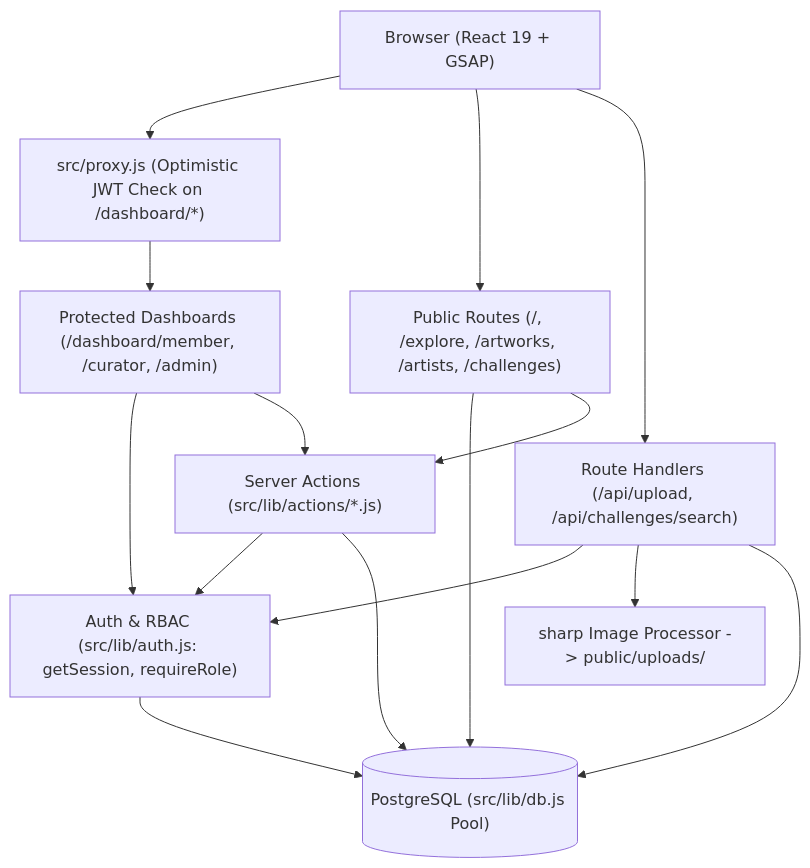
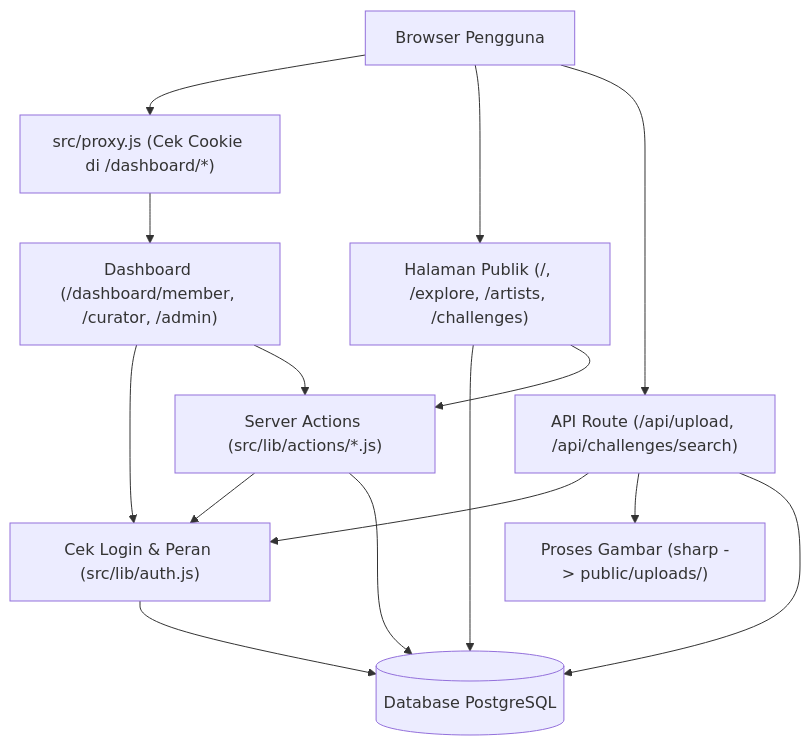
Before and after one commit to aalfm/archive-art-showcase: the first of 2 diagrams in README.md, drawn with Mermaid. The commit also changed other lines of this file, not shown here.

````diff
--- a/README.md
+++ b/README.md
@@ -135,27 +116,27 @@
 ```mermaid
 flowchart TD
-    Client["Browser (React 19 + GSAP)"]
-    Proxy["src/proxy.js (Optimistic JWT Check on /dashboard/*)"]
-    Public["Public Routes (/, /explore, /artworks, /artists, /challenges)"]
-    Dashboard["Protected Dashboards (/dashboard/member, /curator, /admin)"]
+    Client["Browser Pengguna"]
+    Proxy["src/proxy.js (Cek Cookie di /dashboard/*)"]
+    Public["Halaman Publik (/, /explore, /artists, /challenges)"]
+    Dashboard["Dashboard (/dashboard/member, /curator, /admin)"]
     Actions["Server Actions (src/lib/actions/*.js)"]
-    API["Route Handlers (/api/upload, /api/challenges/search)"]
-    Auth["Auth & RBAC (src/lib/auth.js: getSession, requireRole)"]
-    Sharp["sharp Image Processor -> public/uploads/"]
-    DB[("PostgreSQL (src/lib/db.js Pool)")]
+    API["API Route (/api/upload, /api/challenges/search)"]
+    Auth["Cek Login & Peran (src/lib/auth.js)"]
+    Sharp["Proses Gambar (sharp -> public/uploads/)"]
+    DB[("Database PostgreSQL")]
 
     Client --> Proxy
     Client --> Public
     Proxy --> Dashboard
     Public --> DB
     Dashboard --> Auth
     Auth --> DB
     Dashboard --> Actions
     Public --> Actions
     Actions --> Auth
     Actions --> DB
     Client --> API
     API --> Auth
     API --> Sharp
     API --> DB
 ```
````
